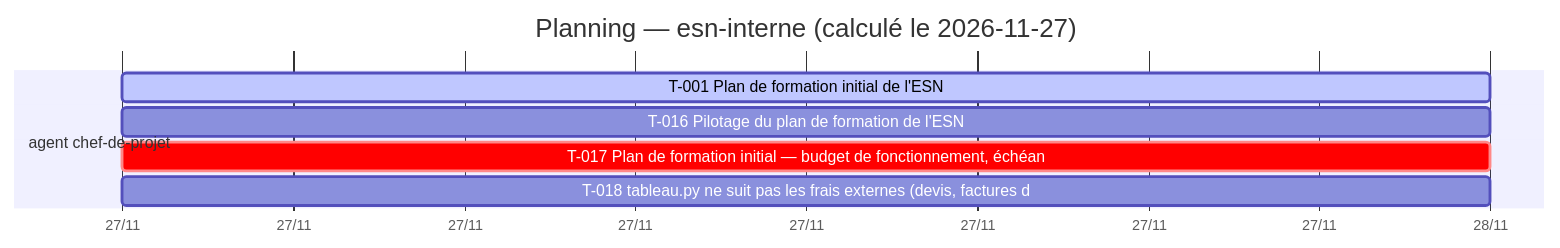
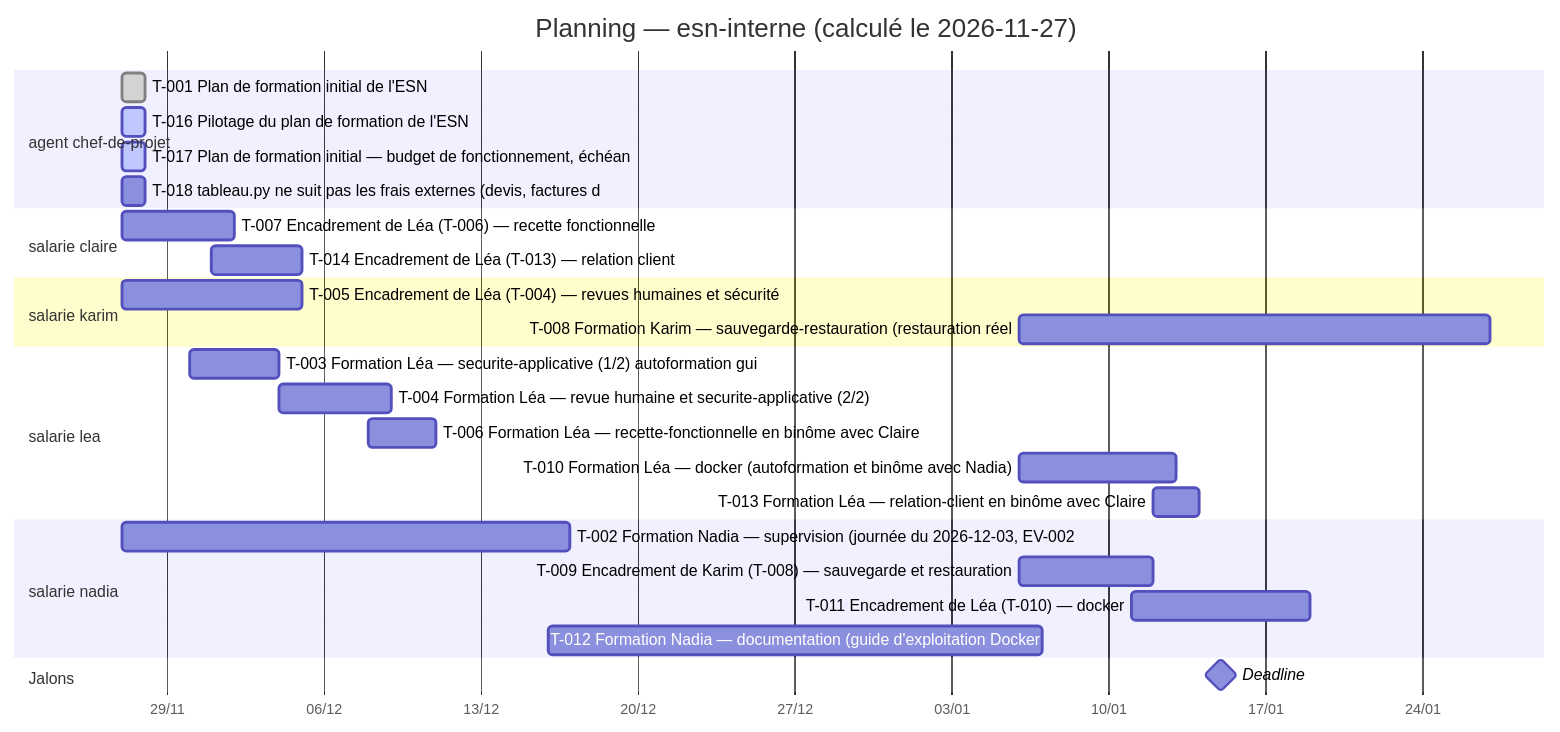
One commit to LopezMat/tpGestionProjet changed the diagram in projets/esn-interne/TABLEAU.md. Above: the diagram before and after it, drawn with Mermaid. The commit also changed other lines of this file and 24 other files, not shown here.

````diff
--- a/projets/esn-interne/TABLEAU.md
+++ b/projets/esn-interne/TABLEAU.md
@@ -108,11 +95,30 @@
 ```mermaid
 gantt
     title Planning — esn-interne (calculé le 2026-11-27)
     dateFormat YYYY-MM-DD
     axisFormat %d/%m
     section agent chef-de-projet
-    T-001 Plan de formation initial de l'ESN :active, t001, 2026-11-27, 2026-11-28
-    T-016 Pilotage du plan de formation de l'ESN :t016, 2026-11-27, 2026-11-28
-    T-017 Plan de formation initial — budget de fonctionnement, échéan :crit, t017, 2026-11-27, 2026-11-28
+    T-001 Plan de formation initial de l'ESN :done, t001, 2026-11-27, 2026-11-28
+    T-016 Pilotage du plan de formation de l'ESN :active, t016, 2026-11-27, 2026-11-28
+    T-017 Plan de formation initial — budget de fonctionnement, échéan :active, t017, 2026-11-27, 2026-11-28
     T-018 tableau.py ne suit pas les frais externes (devis, factures d :t018, 2026-11-27, 2026-11-28
+    section salarie claire
+    T-007 Encadrement de Léa (T-006) — recette fonctionnelle :t007, 2026-11-27, 2026-12-02
+    T-014 Encadrement de Léa (T-013) — relation client :t014, 2026-12-01, 2026-12-05
+    section salarie karim
+    T-005 Encadrement de Léa (T-004) — revues humaines et sécurité :t005, 2026-11-27, 2026-12-05
+    T-008 Formation Karim — sauvegarde-restauration (restauration réel :t008, 2027-01-06, 2027-01-27
+    section salarie lea
+    T-003 Formation Léa — securite-applicative (1/2) autoformation gui :t003, 2026-11-30, 2026-12-04
+    T-004 Formation Léa — revue humaine et securite-applicative (2/2)  :t004, 2026-12-04, 2026-12-09
+    T-006 Formation Léa — recette-fonctionnelle en binôme avec Claire :t006, 2026-12-08, 2026-12-11
+    T-010 Formation Léa — docker (autoformation et binôme avec Nadia) :t010, 2027-01-06, 2027-01-13
+    T-013 Formation Léa — relation-client en binôme avec Claire :t013, 2027-01-12, 2027-01-14
+    section salarie nadia
+    T-002 Formation Nadia — supervision (journée du 2026-12-03, EV-002 :t002, 2026-11-27, 2026-12-17
+    T-009 Encadrement de Karim (T-008) — sauvegarde et restauration :t009, 2027-01-06, 2027-01-12
+    T-011 Encadrement de Léa (T-010) — docker :t011, 2027-01-11, 2027-01-19
+    T-012 Formation Nadia — documentation (guide d'exploitation Docker :t012, 2026-12-16, 2027-01-07
+    section Jalons
+    Deadline :milestone, deadline, 2027-01-15, 0d
 ```
````
